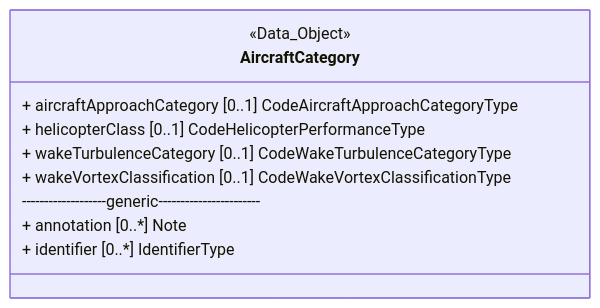
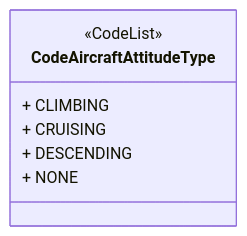
Before and after one commit to hlepori/testAIRM: the seventh of 55 diagrams in README.md, drawn with Mermaid. The commit also changed other lines of this file, not shown here.

````diff
--- a/README.md
+++ b/README.md
@@ -243,13 +322,10 @@
 ```mermaid	
 classDiagram	
-class AircraftCategory	
-<<Data_Object>> AircraftCategory	
-link AircraftCategory "https://airm.aero/developers/advanced-search/1.0.0/AircraftCategory?model=LogicalModel" "Go to definition"	
-AircraftCategory : + aircraftApproachCategory [0..1] CodeAircraftApproachCategoryType	
-AircraftCategory : + helicopterClass [0..1] CodeHelicopterPerformanceType	
-AircraftCategory : + wakeTurbulenceCategory [0..1] CodeWakeTurbulenceCategoryType	
-AircraftCategory : + wakeVortexClassification [0..1] CodeWakeVortexClassificationType	
-AircraftCategory: -------------------generic-----------------------	
-AircraftCategory : + annotation [0..*] Note	
-AircraftCategory : + identifier [0..*] IdentifierType	
+class CodeAircraftAttitudeType	
+<<CodeList>> CodeAircraftAttitudeType	
+link CodeAircraftAttitudeType "https://airm.aero/developers/advanced-search/1.0.0/CodeAircraftAttitudeType?model=LogicalModel" "Go to definition"	
+CodeAircraftAttitudeType : + CLIMBING	
+CodeAircraftAttitudeType : + CRUISING	
+CodeAircraftAttitudeType : + DESCENDING	
+CodeAircraftAttitudeType : + NONE	
 ```	
````
